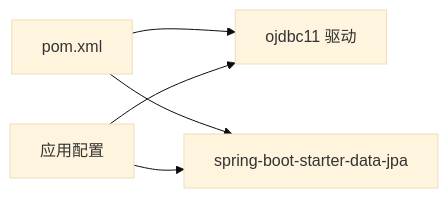
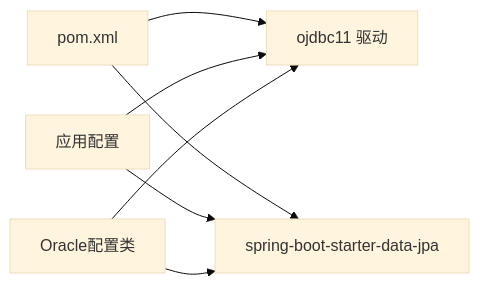
One commit to liuzh2008/med_ai_assistant_workspace changed the third of 3 diagrams in .qoder/repowiki/zh/content/配置管理/数据库配置.md. Above: the diagram before and after it, drawn with Mermaid (base theme). The commit also changed other lines of this file and 4 other files, not shown here.

````diff
--- a/.qoder/repowiki/zh/content/配置管理/数据库配置.md
+++ b/.qoder/repowiki/zh/content/配置管理/数据库配置.md
@@ -234,7 +264,9 @@
 ```mermaid
 graph LR
 POM["pom.xml"] --> OJ["ojdbc11 驱动"]
 POM --> JPA["spring-boot-starter-data-jpa"]
 APP["应用配置"] --> OJ
 APP --> JPA
+CONFIG["Oracle配置类"] --> OJ
+CONFIG --> JPA
 ```
````
